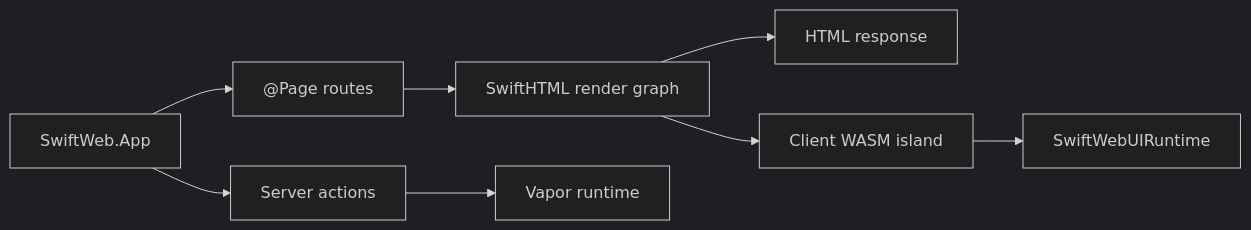
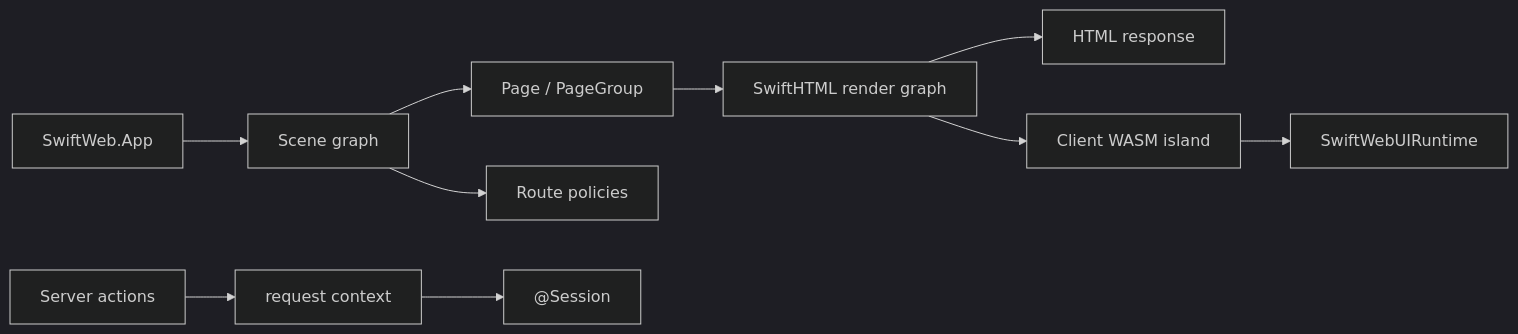
Before and after one commit to 1amageek/swift-web: the first of 5 diagrams in README.md, drawn with Mermaid (dark theme). The commit also changed other lines of this file and 35 other files, not shown here.

Commit message:
Implement client navigation and Storyboard runtime updates

````diff
--- a/README.md
+++ b/README.md
@@ -10,10 +10,12 @@
 ```mermaid
 flowchart LR
-  A["SwiftWeb.App"] --> B["@Page routes"]
-  A --> C["Server actions"]
-  B --> D["SwiftHTML render graph"]
-  C --> E["Vapor runtime"]
-  D --> F["HTML response"]
-  D --> G["Client WASM island"]
+  A["SwiftWeb.App"] --> B["Scene graph"]
+  B --> C["Page / PageGroup"]
+  B --> D["Route policies"]
+  C --> E["SwiftHTML render graph"]
+  E --> F["HTML response"]
+  E --> G["Client WASM island"]
   G --> H["SwiftWebUIRuntime"]
+  I["Server actions"] --> J["request context"]
+  J --> K["@Session"]
 ```
````
